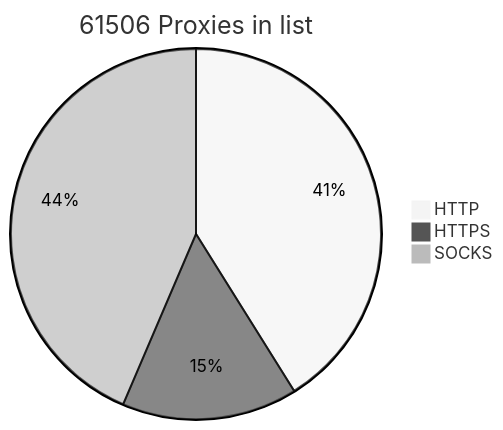
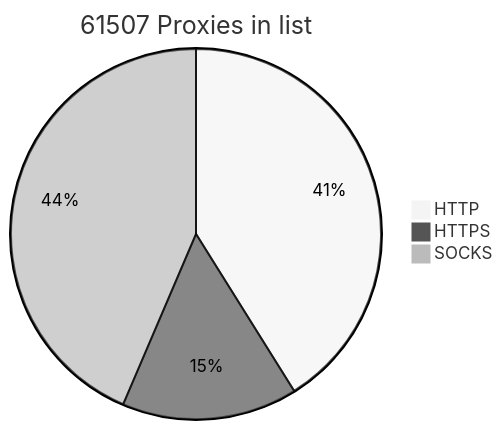
Before and after one commit to BlackSnowDot/proxylist-update-every-minute: the diagram in README.md, drawn with Mermaid (neutral theme).

````diff
--- a/README.md
+++ b/README.md
@@ -2,6 +2,6 @@
 ```mermaid
-pie title 61506 Proxies in list
+pie title 61507 Proxies in list
     "HTTP" : 28744
     "HTTPS": 10719
-    "SOCKS" : 30463
+    "SOCKS" : 30464
 ```
````
